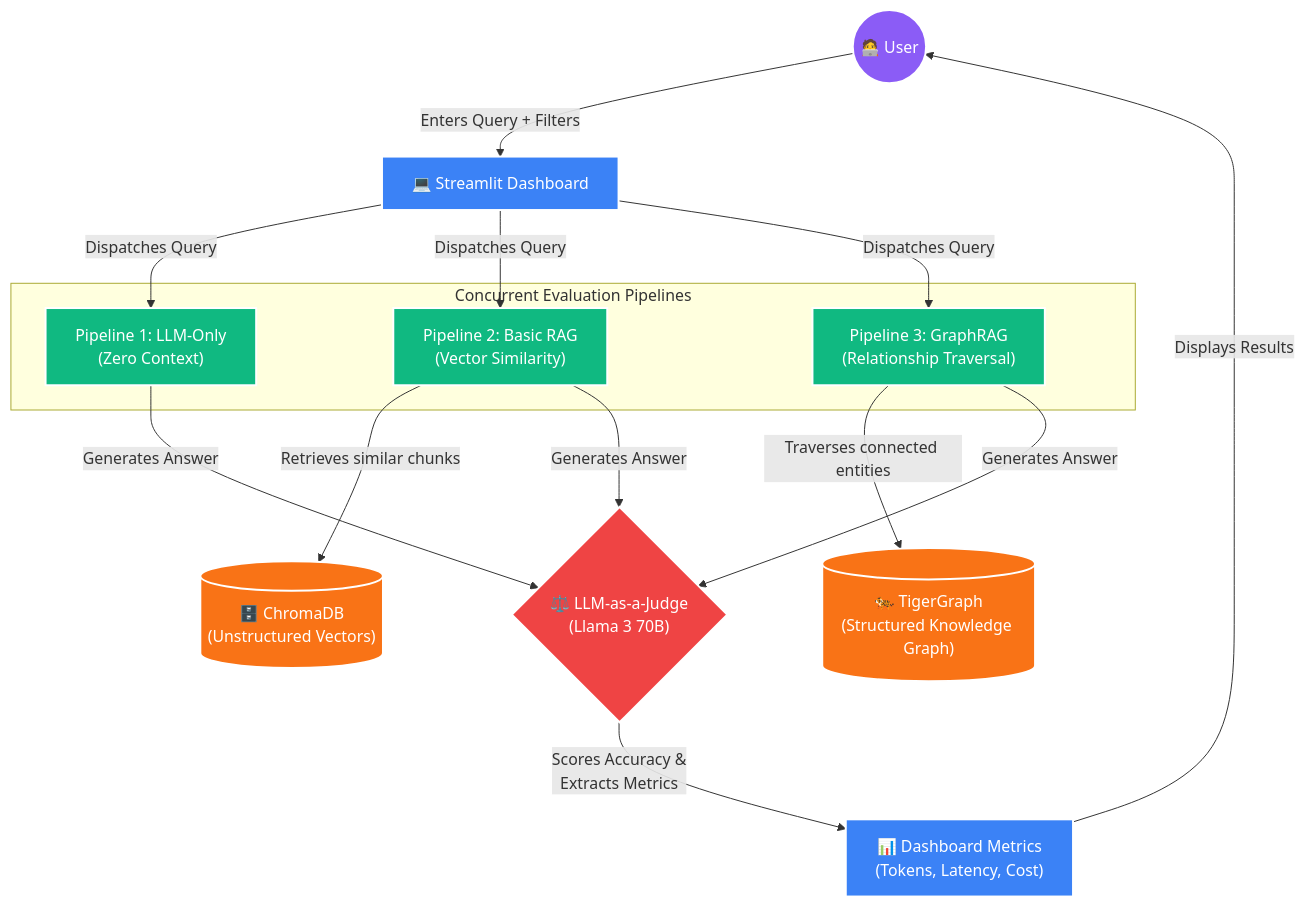
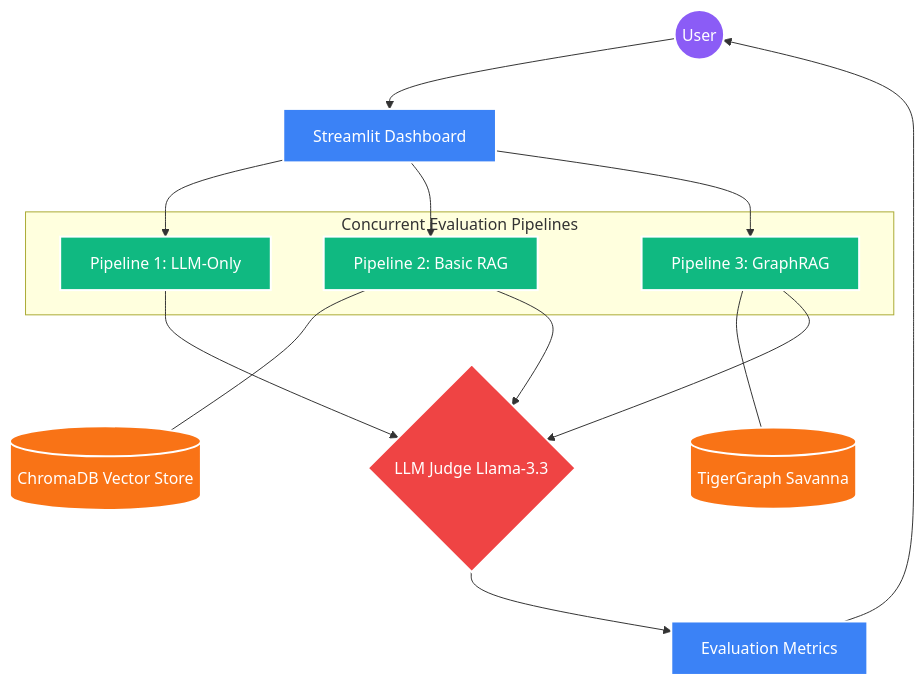
Before and after one commit to rzil-1/TG-GraphRAG-Hackathon: the diagram in README.md, drawn with Mermaid.

Commit message:
Fix Mermaid diagram syntax for GitHub compatibility

````diff
--- a/README.md
+++ b/README.md
@@ -16,45 +16,41 @@
 ```mermaid
 graph TD
     %% Styling
     classDef user fill:#8b5cf6,stroke:#fff,stroke-width:2px,color:#fff;
     classDef ui fill:#3b82f6,stroke:#fff,stroke-width:2px,color:#fff;
     classDef db fill:#f97316,stroke:#fff,stroke-width:2px,color:#fff;
     classDef llm fill:#10b981,stroke:#fff,stroke-width:2px,color:#fff;
     classDef eval fill:#ef4444,stroke:#fff,stroke-width:2px,color:#fff;
 
     %% Nodes
-    User(("🧑‍💻 User")):::user
-    UI["💻 Streamlit Dashboard"]:::ui
+    User(("User")):::user
+    UI["Streamlit Dashboard"]:::ui
     
-    %% Pipelines
     subgraph "Concurrent Evaluation Pipelines"
-        P1["Pipeline 1: LLM-Only<br>(Zero Context)"]:::llm
-        P2["Pipeline 2: Basic RAG<br>(Vector Similarity)"]:::llm
-        P3["Pipeline 3: GraphRAG<br>(Relationship Traversal)"]:::llm
+        P1["Pipeline 1: LLM-Only"]:::llm
+        P2["Pipeline 2: Basic RAG"]:::llm
+        P3["Pipeline 3: GraphRAG"]:::llm
     end
 
-    %% Databases
-    Chroma[("🗄️ ChromaDB<br>(Unstructured Vectors)")]:::db
-    Tiger[("🐅 TigerGraph<br>(Structured Knowledge Graph)")]:::db
+    Chroma[("ChromaDB Vector Store")]:::db
+    Tiger[("TigerGraph Savanna")]:::db
     
-    %% Output & Judge
-    Judge{"⚖️ LLM-as-a-Judge<br>(Llama 3 70B)"}:::eval
-    Metrics["📊 Dashboard Metrics<br>(Tokens, Latency, Cost)"]:::ui
+    Judge{"LLM Judge Llama-3.3"}:::eval
+    Metrics["Evaluation Metrics"]:::ui
 
     %% Connections
-    User -- "Enters Query + Filters" --> UI
+    User --> UI
+    UI --> P1
+    UI --> P2
+    UI --> P3
     
-    UI -- "Dispatches Query" --> P1
-    UI -- "Dispatches Query" --> P2
-    UI -- "Dispatches Query" --> P3
+    P2 --- Chroma
+    P3 --- Tiger
     
-    P2 -- "Retrieves similar chunks" --> Chroma
-    P3 -- "Traverses connected entities" --> Tiger
+    P1 --> Judge
+    P2 --> Judge
+    P3 --> Judge
     
-    P1 -- "Generates Answer" --> Judge
-    P2 -- "Generates Answer" --> Judge
-    P3 -- "Generates Answer" --> Judge
-    
-    Judge -- "Scores Accuracy &<br>Extracts Metrics" --> Metrics
-    Metrics -- "Displays Results" --> User
+    Judge --> Metrics
+    Metrics --> User
 ```
````
